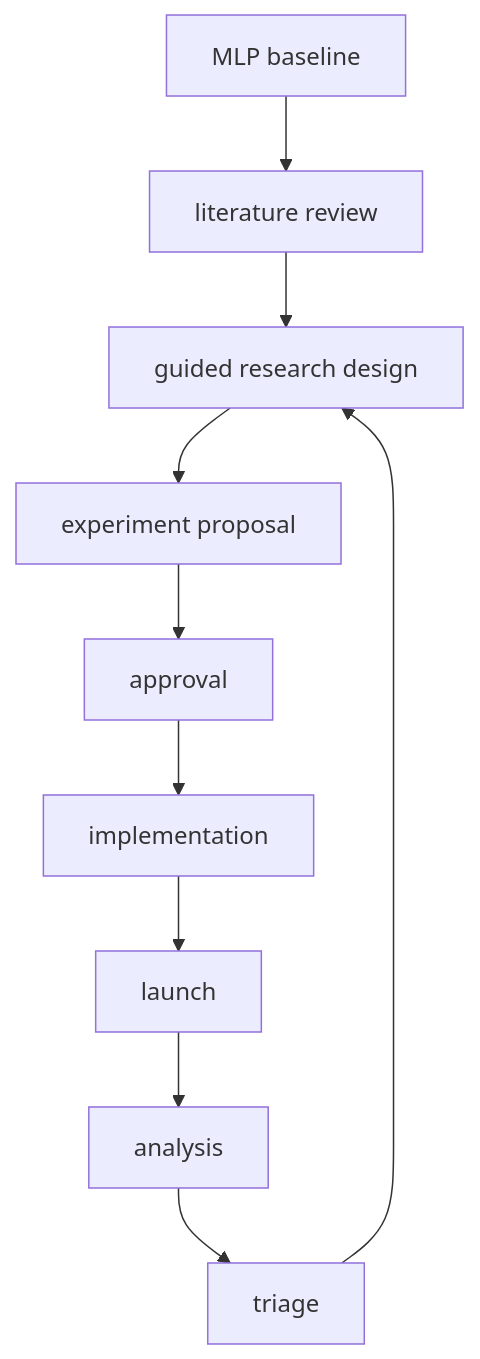
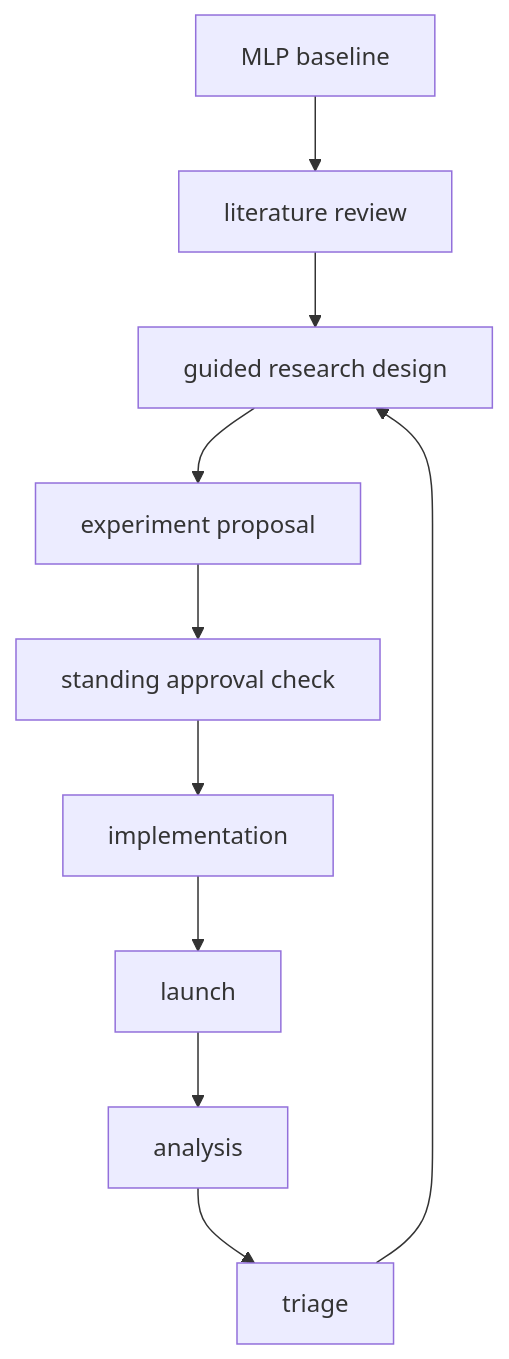
One commit to SwissDataScienceCenter/hiraku changed the diagram in docs/examples/eurosat-rgb/README.md. Above: the diagram before and after it, drawn with Mermaid. The commit also changed other lines of this file and 4 other files, not shown here.

````diff
--- a/docs/examples/eurosat-rgb/README.md
+++ b/docs/examples/eurosat-rgb/README.md
@@ -170,12 +68,12 @@
 ```mermaid
 flowchart TD
     A[MLP baseline] --> B[literature review]
     B --> C[guided research design]
     C --> D[experiment proposal]
-    D --> E[approval]
+    D --> E[standing approval check]
     E --> F[implementation]
     F --> G[launch]
     G --> H[analysis]
     H --> I[triage]
     I --> C
 ```
````
